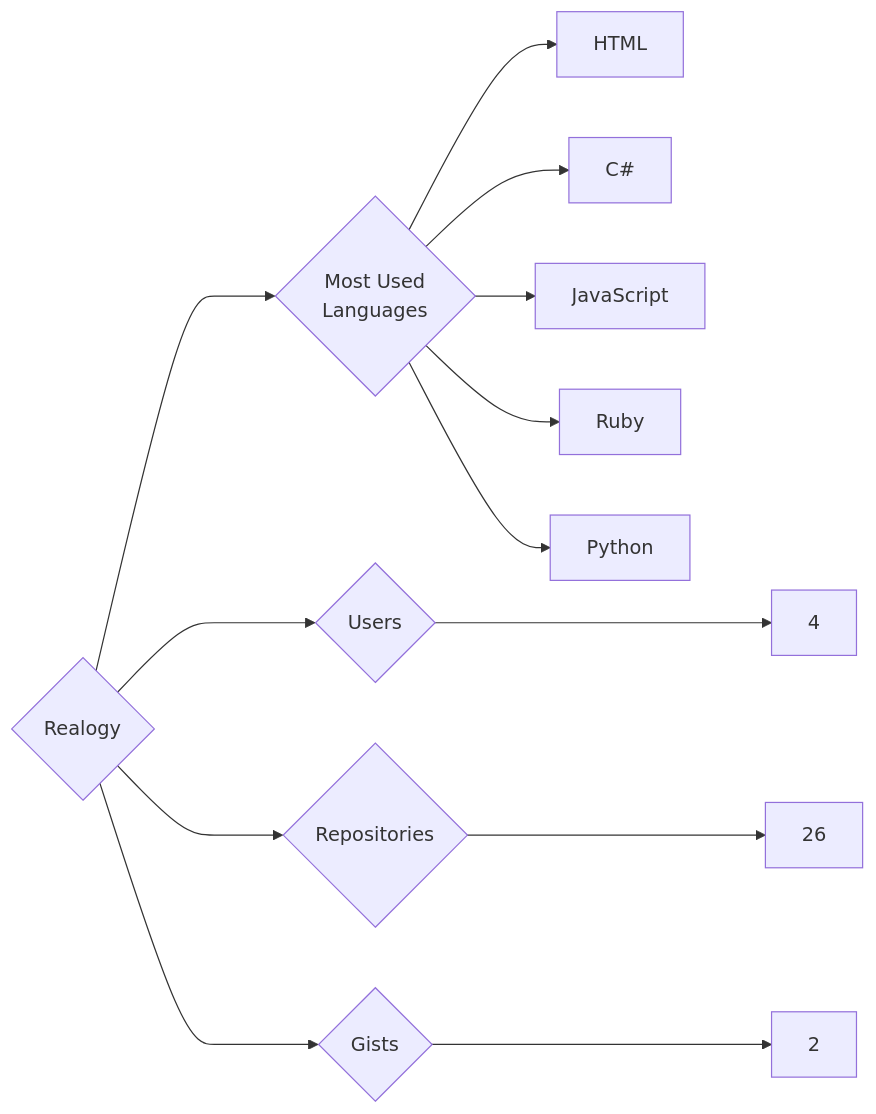
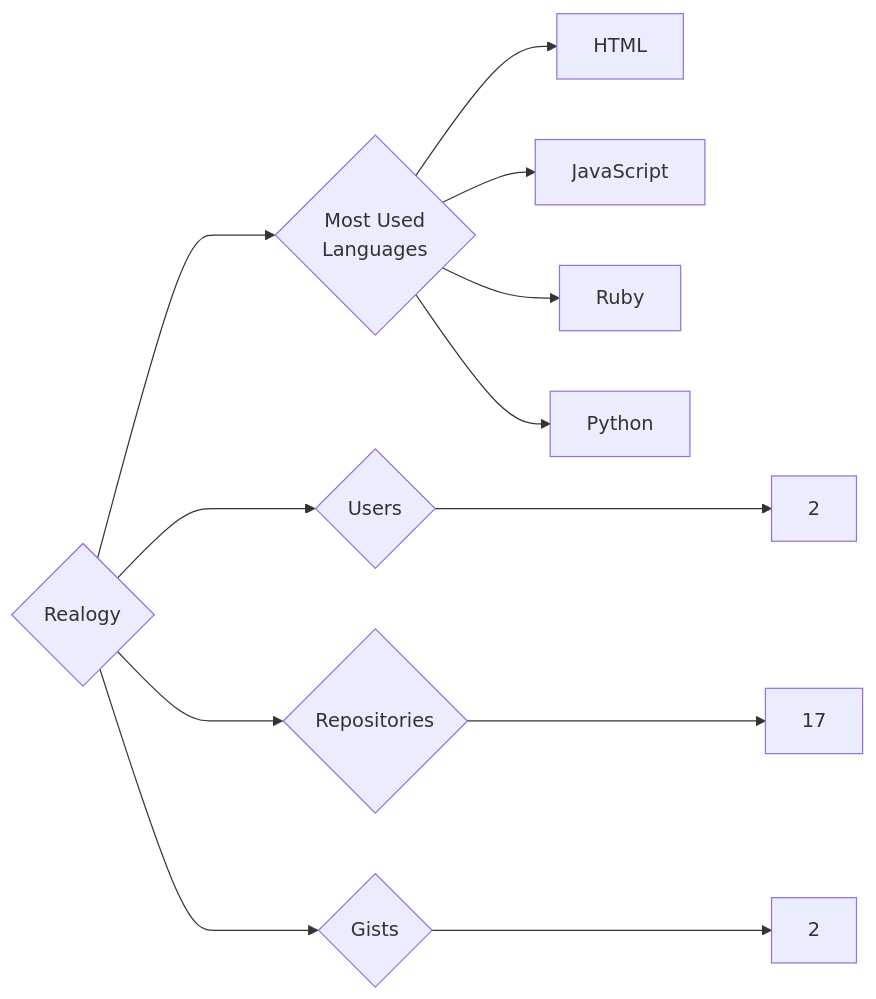
The diagram in targets/Realogy/README.md (trickest/insiders), drawn with Mermaid before and after one commit. The commit also changed 870 other files, not shown here.

````diff
--- a/targets/Realogy/README.md
+++ b/targets/Realogy/README.md
@@ -3,13 +3,12 @@
 ```mermaid
 graph LR
 COMPANY_NAME{Realogy}
-COMPANY_NAME ---> U{Users} ---> UN[4]
-COMPANY_NAME ---> R{Repositories} ---> RN[26]
+COMPANY_NAME ---> U{Users} ---> UN[2]
+COMPANY_NAME ---> R{Repositories} ---> RN[17]
 COMPANY_NAME ---> G{Gists} ---> GN[2]
 COMPANY_NAME ---> ML{Most Used<br>Languages}
 ML --> HTML[HTML]
-ML --> C#[C#]
 ML --> JavaScript[JavaScript]
 ML --> Ruby[Ruby]
 ML --> Python[Python]
 ```
````
